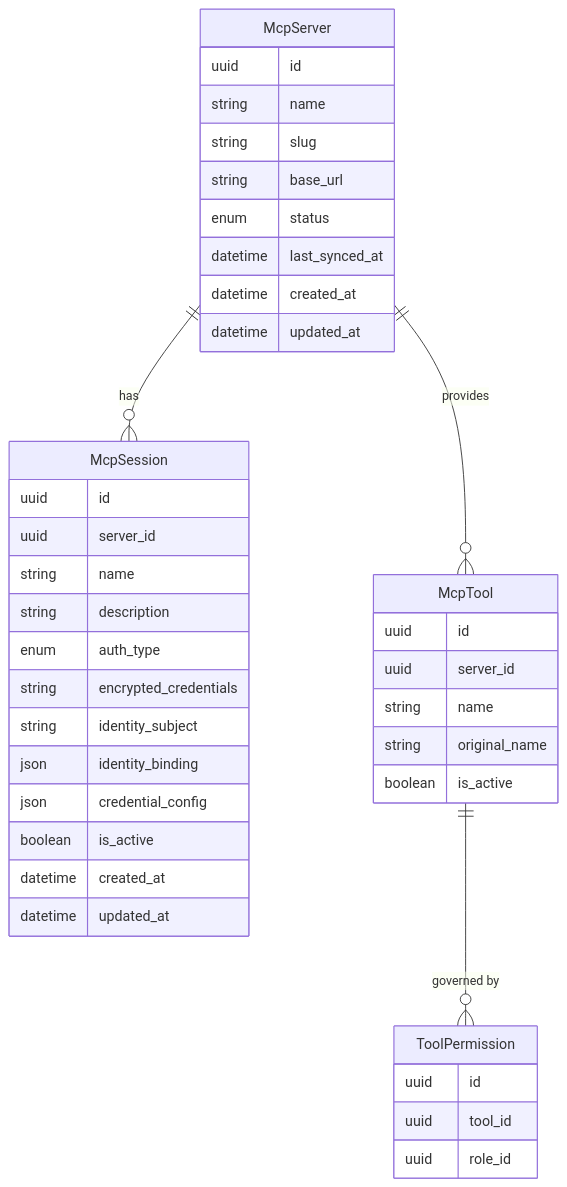
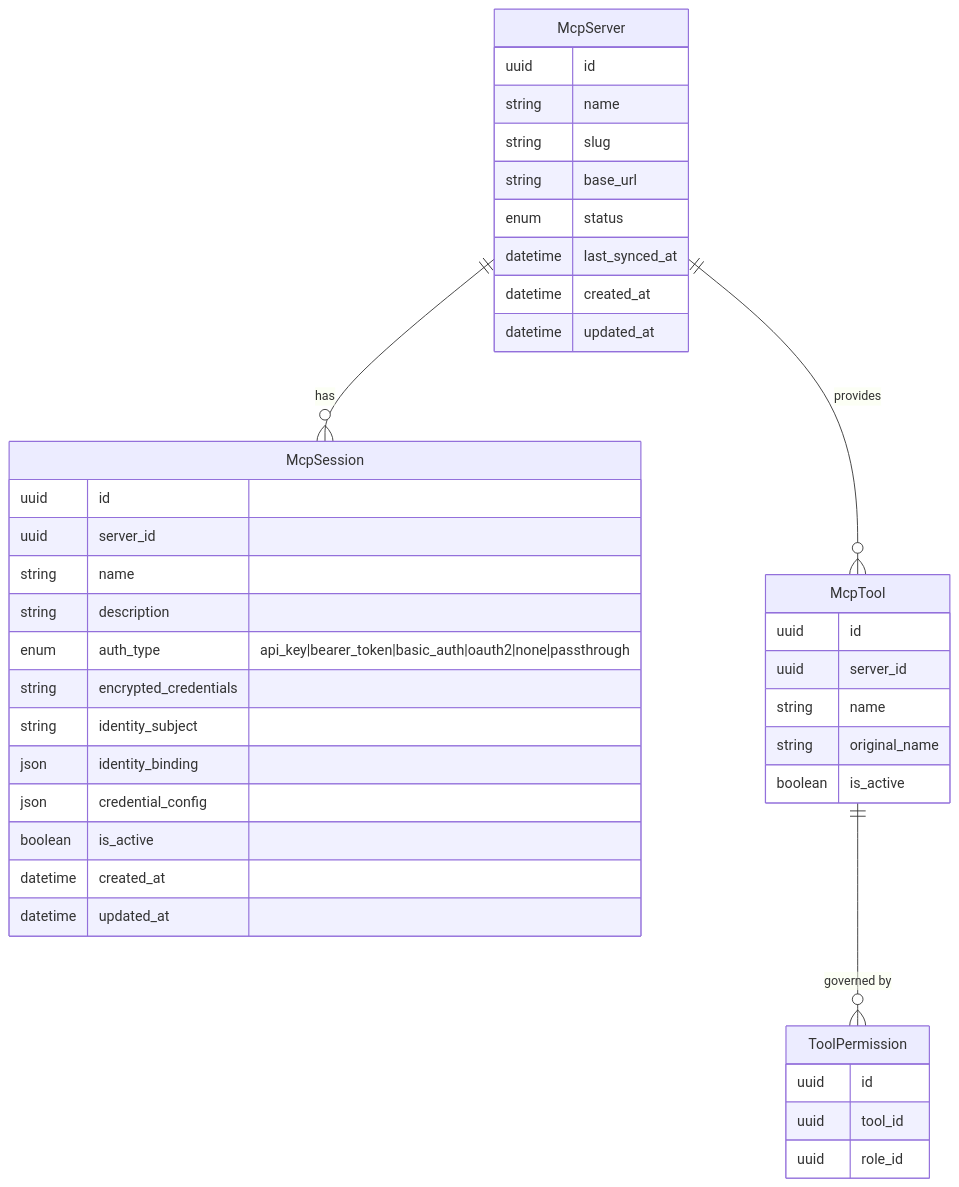
The diagram in docs/master/data-model/modules/mcp-hub/entities.md (hurungang/parthenon), drawn with Mermaid before and after one commit. The commit also changed other lines of this file and 498 other files, not shown here.

````diff
--- a/docs/master/data-model/modules/mcp-hub/entities.md
+++ b/docs/master/data-model/modules/mcp-hub/entities.md
@@ -3,43 +3,43 @@
 ```mermaid
 erDiagram
     McpServer {
         uuid id
         string name
         string slug
         string base_url
         enum status
         datetime last_synced_at
         datetime created_at
         datetime updated_at
     }
     McpSession {
         uuid id
         uuid server_id
         string name
         string description
-        enum auth_type
+        enum auth_type "api_key|bearer_token|basic_auth|oauth2|none|passthrough"
         string encrypted_credentials
         string identity_subject
         json identity_binding
         json credential_config
         boolean is_active
         datetime created_at
         datetime updated_at
     }
     McpTool {
         uuid id
         uuid server_id
         string name
         string original_name
         boolean is_active
     }
     ToolPermission {
         uuid id
         uuid tool_id
         uuid role_id
     }
 
     McpServer ||--o{ McpSession : "has"
     McpServer ||--o{ McpTool : "provides"
     McpTool ||--o{ ToolPermission : "governed by"
 ```
````
